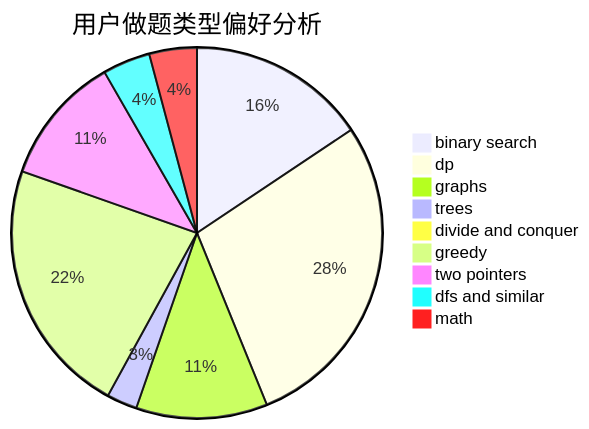
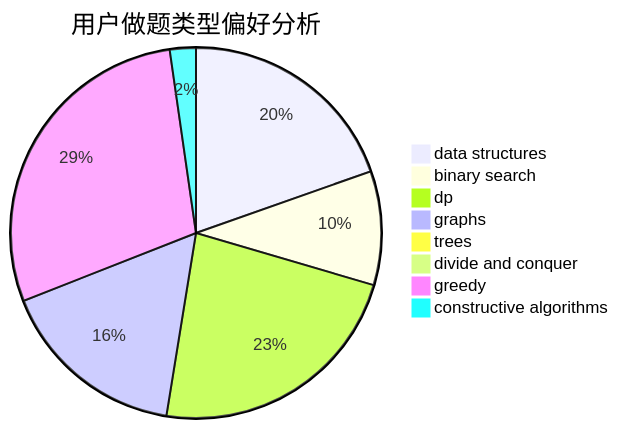
The second of 3 diagrams in docs/user/u1496.md (sherpahu/cfrs.github.io), drawn with Mermaid before and after one commit. The commit also changed other lines of this file and 2775 other files, not shown here.

````diff
--- a/docs/user/u1496.md
+++ b/docs/user/u1496.md
@@ -23,12 +23,11 @@
 ```mermaid
 pie title 用户做题类型偏好分析
-    "binary search" :  94
-    "dp" :  170
-    "graphs" :  69
-    "trees" :  16
+    "data structures" :  69
+    "binary search" :  35
+    "dp" :  81
+    "graphs" :  58
+    "trees" :  1
     "divide and conquer" :  0
-    "greedy" :  135
-    "two pointers" :  68
-    "dfs and similar" :  25
-    "math" :  25
+    "greedy" :  101
+    "constructive algorithms" :  8
 ```
````
